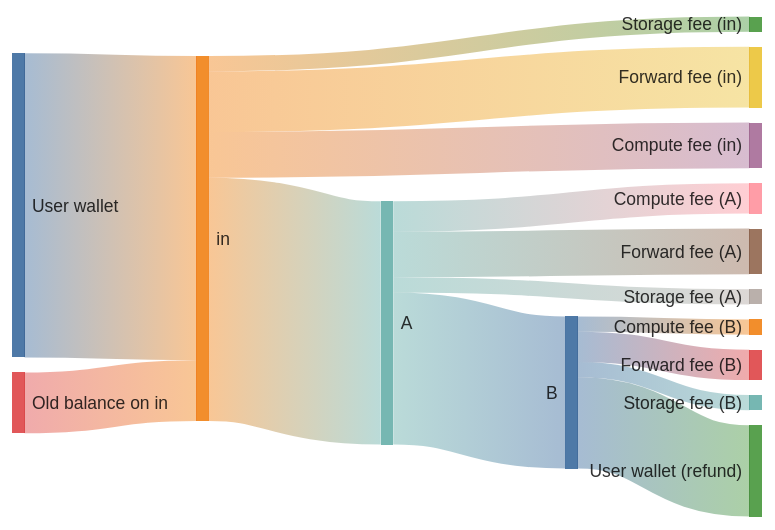
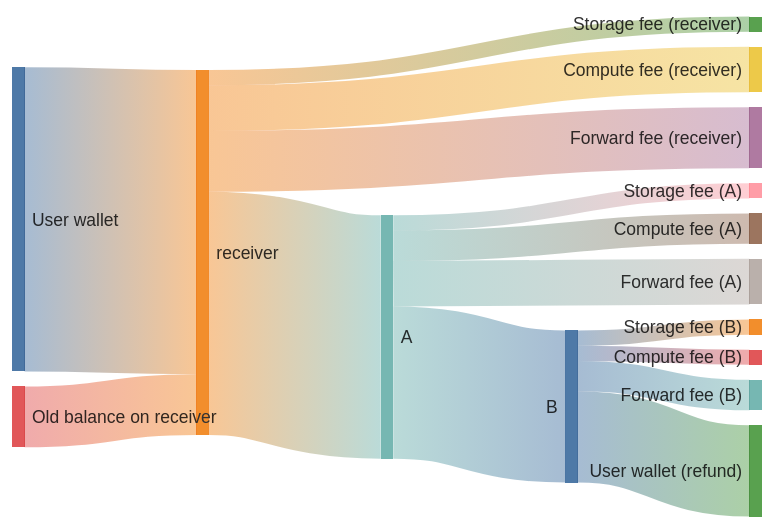
Before and after one commit to ton-org/docs: the second of 2 diagrams in techniques/gas.mdx, drawn with Mermaid. The commit also changed other lines of this file, not shown here.

````diff
--- a/techniques/gas.mdx
+++ b/techniques/gas.mdx
@@ -11,23 +24,23 @@
 ```mermaid
 ---
 config:
   sankey:
     showValues: false
 ---
 sankey-beta
 %% source,target,value
-User wallet,in,100
-Old balance on in,in,20
-in,A,80
-in,Storage fee (in),5
-in,Forward fee (in),20
-in,Compute fee (in),15
+User wallet,receiver,100
+Old balance on receiver,receiver,20
+receiver,A,80
+receiver,Storage fee (receiver),5
+receiver,Compute fee (receiver),15
+receiver,Forward fee (receiver),20
+A,Storage fee (A),5
 A,Compute fee (A),10
 A,Forward fee (A),15
-A,Storage fee (A),5
 A,B,50
+B,Storage fee (B),5
 B,Compute fee (B),5
 B,Forward fee (B),10
-B,Storage fee (B),5
 B,User wallet (refund),30
 ```
````
